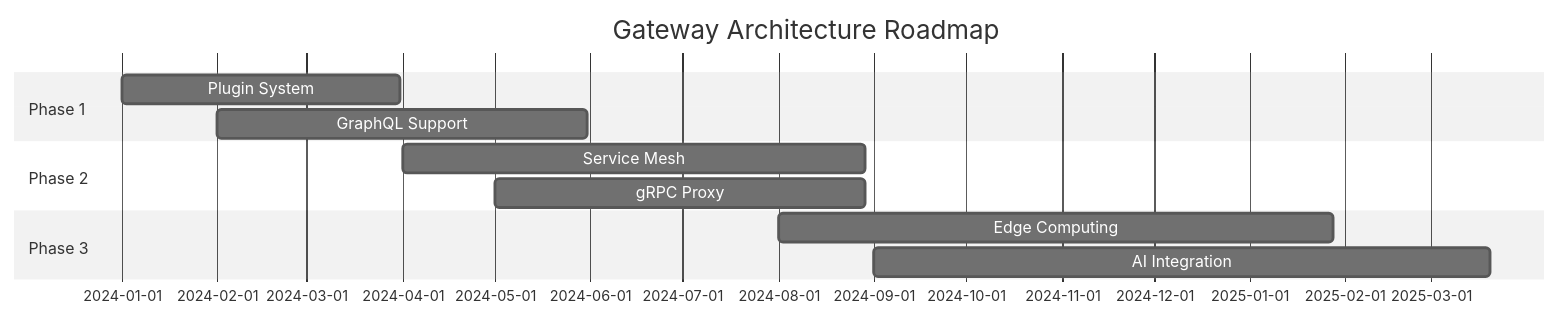
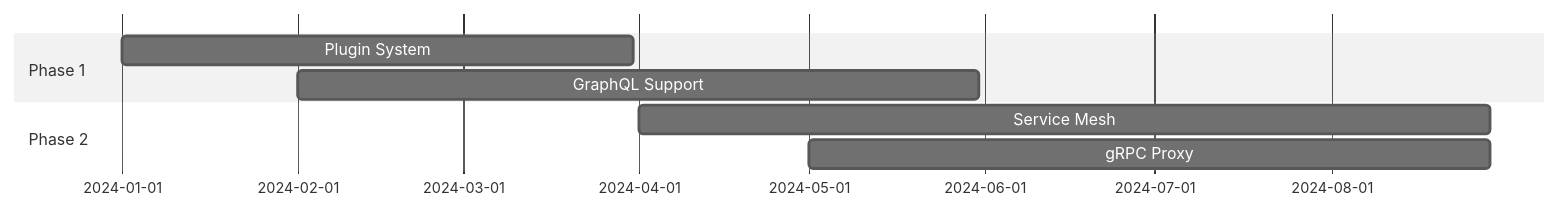
Diagram 16 of 16 in docs/guide/architecture.md (fluxsce/gateway), drawn with Mermaid (neutral theme) before and after one commit. The commit also changed other lines of this file, not shown here.

Commit message:
架构图预览显示问题

````diff
--- a/docs/guide/architecture.md
+++ b/docs/guide/architecture.md
@@ -473,14 +450,10 @@
 ```mermaid
 gantt
-    title Gateway Architecture Roadmap
     dateFormat  YYYY-MM-DD
     section Phase 1
     Plugin System    :2024-01-01, 90d
     GraphQL Support  :2024-02-01, 120d
     section Phase 2
     Service Mesh     :2024-04-01, 150d
     gRPC Proxy       :2024-05-01, 120d
-    section Phase 3
-    Edge Computing   :2024-08-01, 180d
-    AI Integration   :2024-09-01, 200d
 ```
````
